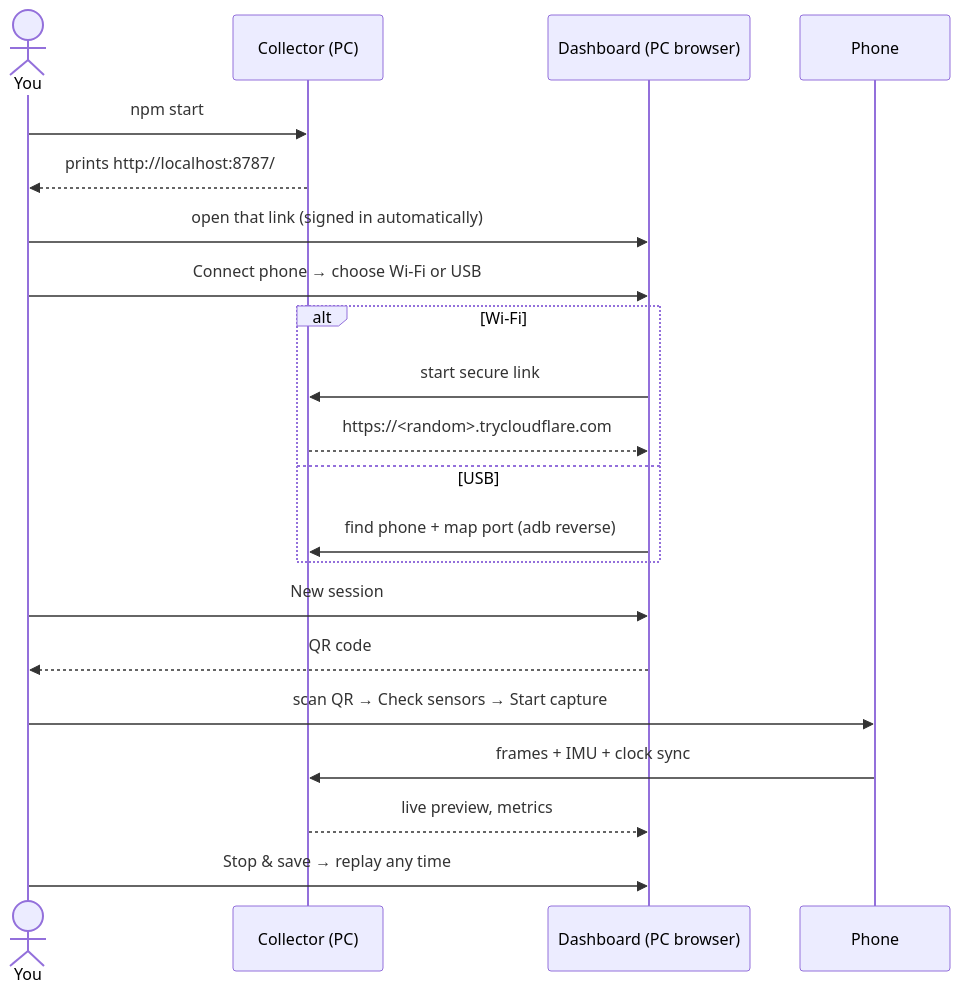
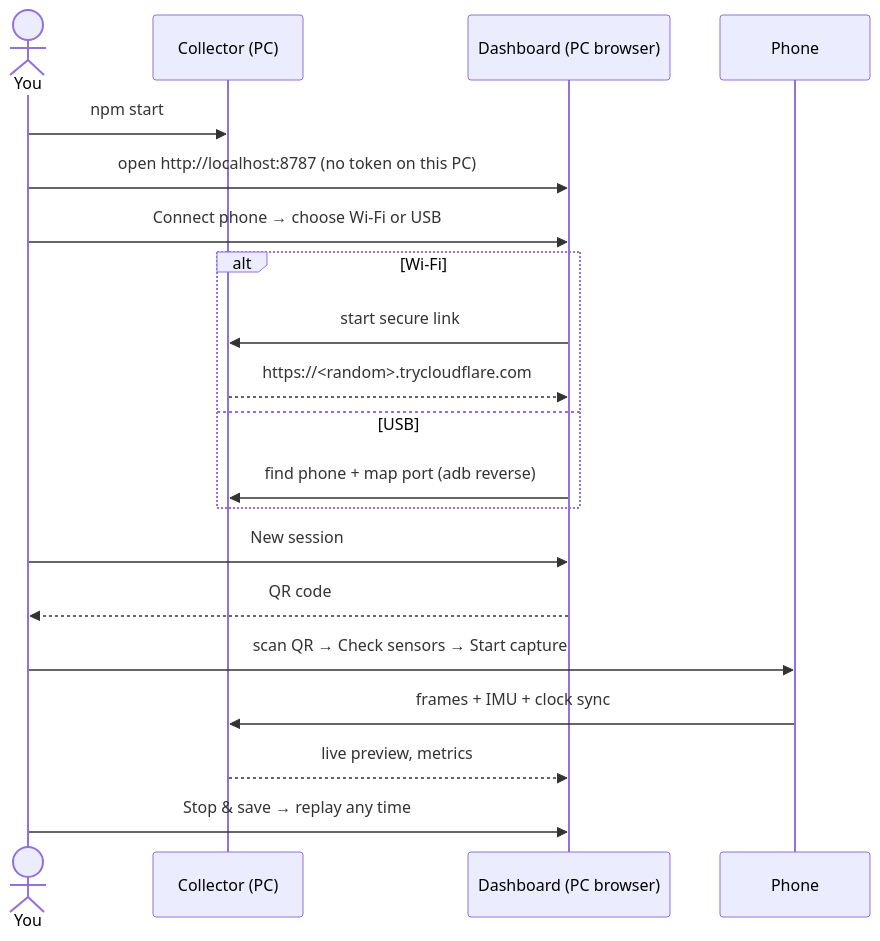
Before and after one commit to DeoneAI/tepegoz: the second of 3 diagrams in docs/CONNECTING.md, drawn with Mermaid. The commit also changed other lines of this file and 24 other files, not shown here.

````diff
--- a/docs/CONNECTING.md
+++ b/docs/CONNECTING.md
@@ -28,23 +28,22 @@
 ```mermaid
 sequenceDiagram
     actor You
     participant PC as Collector (PC)
     participant Dash as Dashboard (PC browser)
     participant Phone
     You->>PC: npm start
-    PC-->>You: prints http://localhost:8787/#token=…
-    You->>Dash: open that link (signed in automatically)
+    You->>Dash: open http://localhost:8787 (no token on this PC)
     You->>Dash: Connect phone → choose Wi-Fi or USB
     alt Wi-Fi
         Dash->>PC: start secure link
         PC-->>Dash: https://<random>.trycloudflare.com
     else USB
         Dash->>PC: find phone + map port (adb reverse)
     end
     You->>Dash: New session
     Dash-->>You: QR code
     You->>Phone: scan QR → Check sensors → Start capture
     Phone->>PC: frames + IMU + clock sync
     PC-->>Dash: live preview, metrics
     You->>Dash: Stop & save → replay any time
 ```
````
